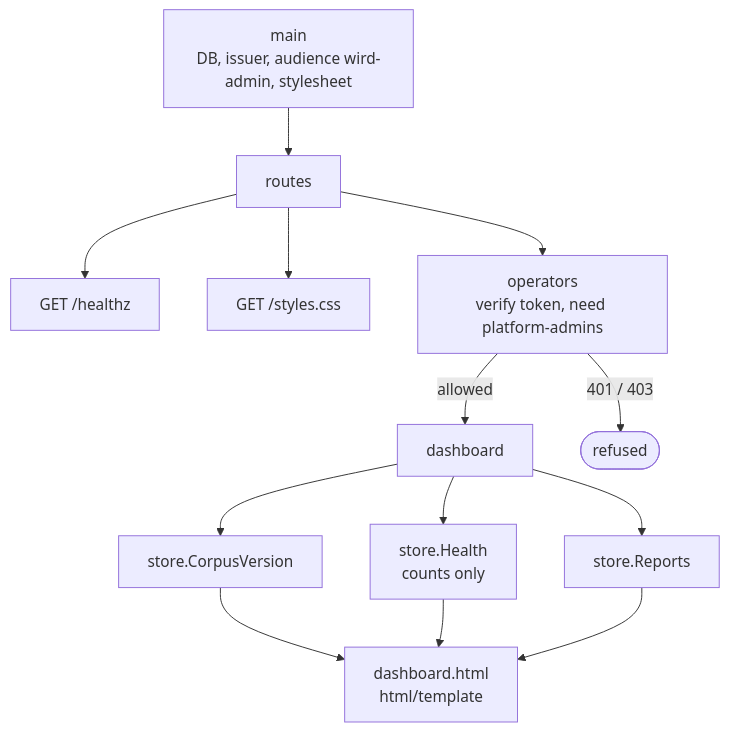
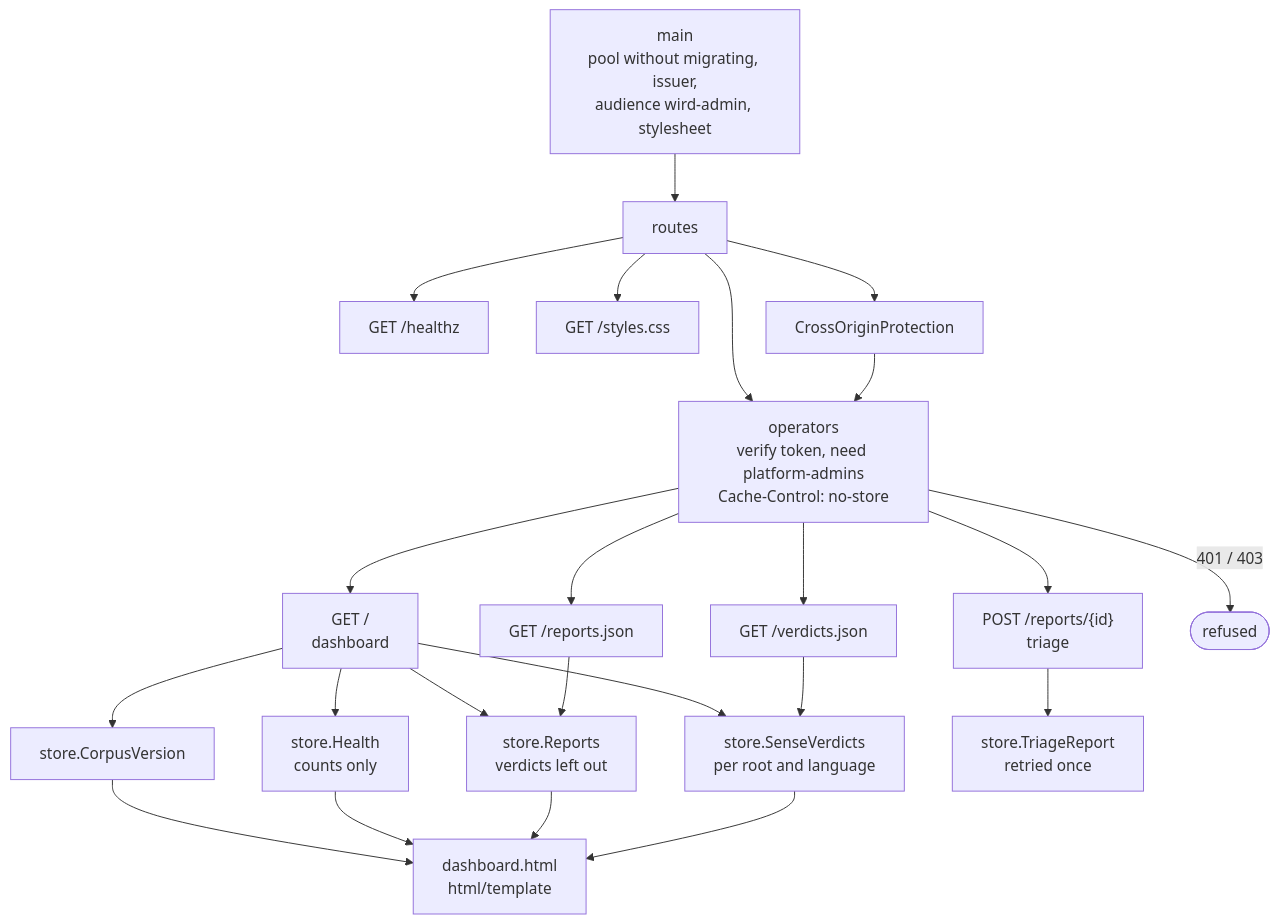
One commit to MohammadBnei/wird changed the second of 2 diagrams in docs/architecture/adminweb.md. Above: the diagram before and after it, drawn with Mermaid. The commit also changed other lines of this file and 26 other files, not shown here.

````diff
--- a/docs/architecture/adminweb.md
+++ b/docs/architecture/adminweb.md
@@ -37,21 +46,32 @@
 ```mermaid
 flowchart TB
-  start["main<br/>DB, issuer, audience wird-admin, stylesheet"]
+  start["main<br/>pool without migrating, issuer,<br/>audience wird-admin, stylesheet"]
   mux["routes"]
   health["GET /healthz"]
   css["GET /styles.css"]
-  gate["operators<br/>verify token, need platform-admins"]
-  dash["dashboard"]
+  gate["operators<br/>verify token, need platform-admins<br/>Cache-Control: no-store"]
+  cop["CrossOriginProtection"]
+  dash["GET /<br/>dashboard"]
+  rj["GET /reports.json"]
+  vj["GET /verdicts.json"]
+  tri["POST /reports/{id}<br/>triage"]
   s1["store.CorpusVersion"]
   s2["store.Health<br/>counts only"]
-  s3["store.Reports"]
+  s3["store.Reports<br/>verdicts left out"]
+  s4["store.SenseVerdicts<br/>per root and language"]
+  s5["store.TriageReport<br/>retried once"]
   tmpl["dashboard.html<br/>html/template"]
 
   start --> mux
   mux --> health
   mux --> css
-  mux --> gate -->|"allowed"| dash
+  mux --> gate
+  mux --> cop --> gate
   gate -->|"401 / 403"| stop(["refused"])
-  dash --> s1 & s2 & s3
-  s1 & s2 & s3 --> tmpl
+  gate --> dash & rj & vj & tri
+  dash --> s1 & s2 & s3 & s4
+  s1 & s2 & s3 & s4 --> tmpl
+  rj --> s3
+  vj --> s4
+  tri --> s5
 ```
````
